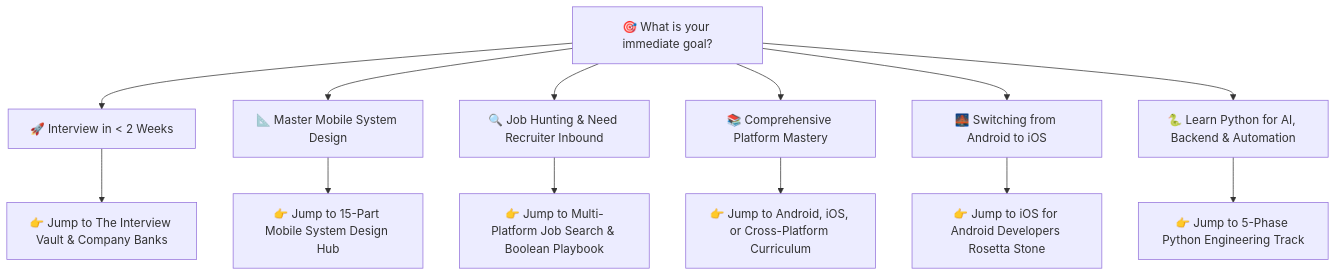
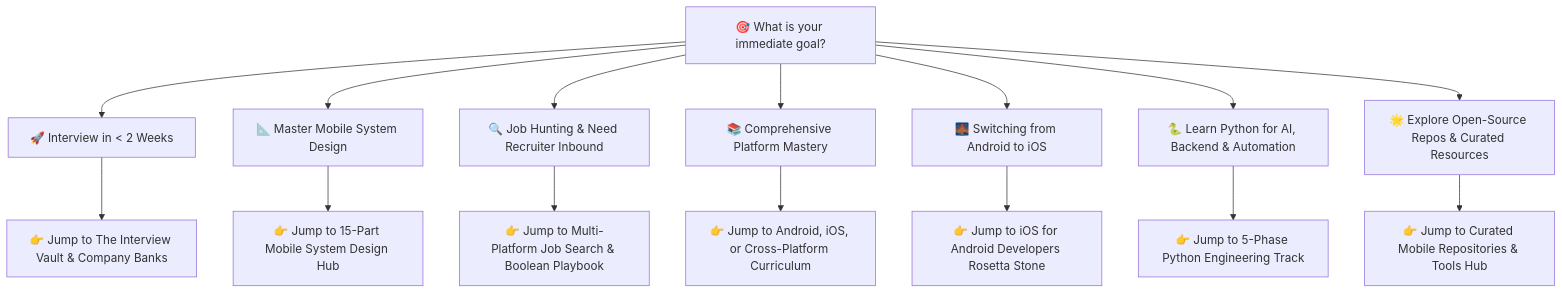
One commit to vennamprasad/DevCrack-Mobile-Interviews changed the diagram in README.md. Above: the diagram before and after it, drawn with Mermaid. The commit also changed other lines of this file and 6 other files, not shown here.

Commit message:
feat: add curated open-source repositories, developer toolkits, and resources directory

````diff
--- a/README.md
+++ b/README.md
@@ -46,16 +48,18 @@
 ```mermaid
 graph TD
     Start[🎯 What is your immediate goal?] --> A[🚀 Interview in < 2 Weeks]
     Start --> B[📐 Master Mobile System Design]
     Start --> C[🔍 Job Hunting & Need Recruiter Inbound]
     Start --> D[📚 Comprehensive Platform Mastery]
     Start --> E[🌉 Switching from Android to iOS]
     Start --> F[🐍 Learn Python for AI, Backend & Automation]
+    Start --> G[🌟 Explore Open-Source Repos & Curated Resources]
 
     A --> Vault[👉 Jump to The Interview Vault & Company Banks]
     B --> SysDesign[👉 Jump to 15-Part Mobile System Design Hub]
     C --> JobSearch[👉 Jump to Multi-Platform Job Search & Boolean Playbook]
     D --> Curriculum[👉 Jump to Android, iOS, or Cross-Platform Curriculum]
     E --> Rosetta[👉 Jump to iOS for Android Developers Rosetta Stone]
     F --> PyTrack[👉 Jump to 5-Phase Python Engineering Track]
+    G --> Resources[👉 Jump to Curated Mobile Repositories & Tools Hub]
 ```
````
